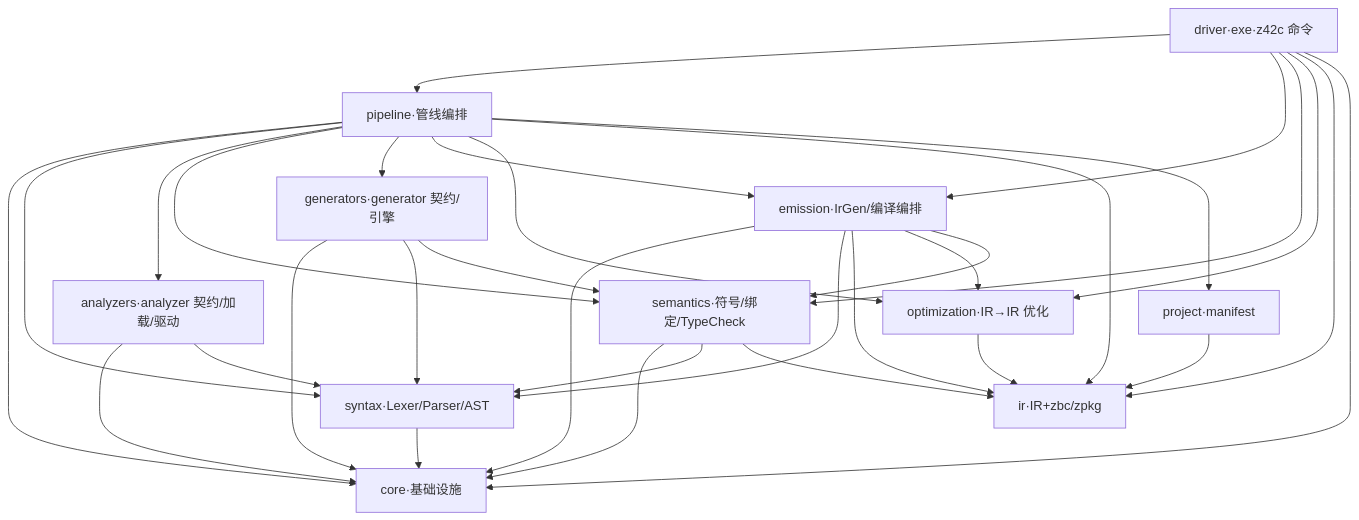
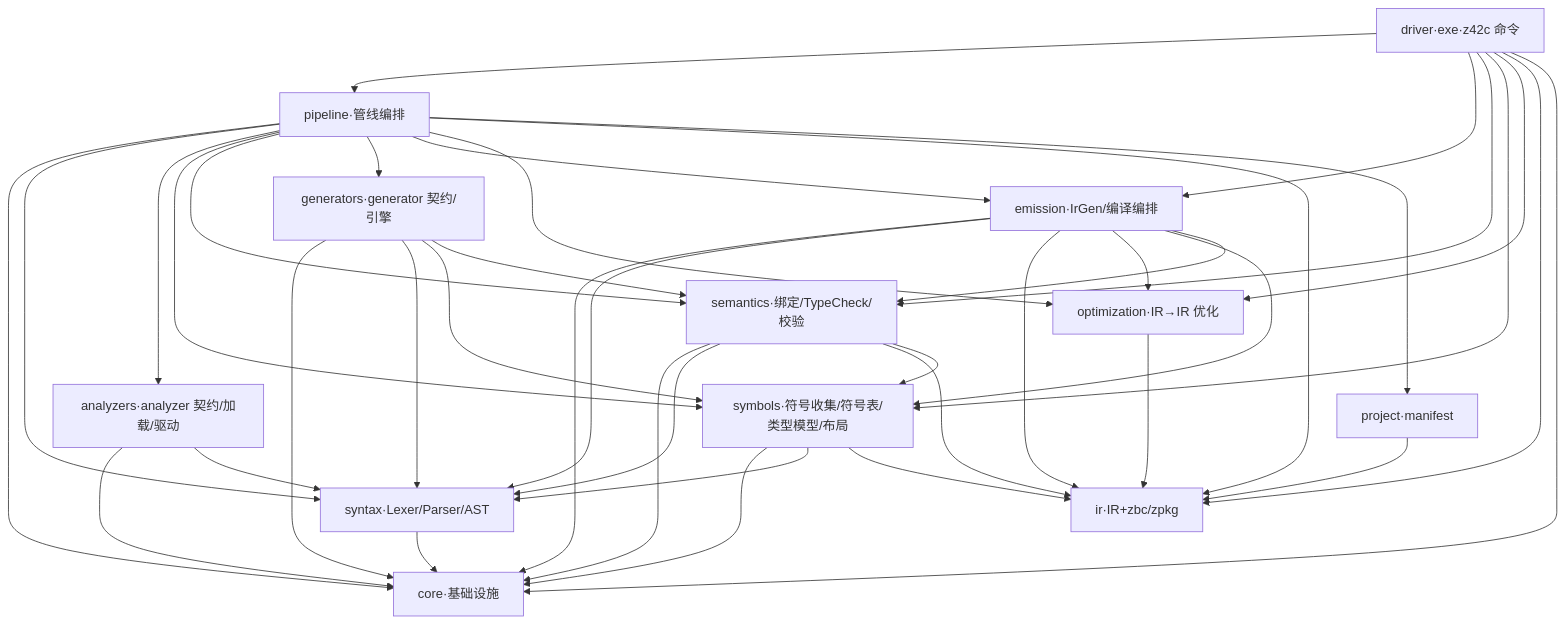
The second of 3 diagrams in docs/internals/src/compiler/architecture.md (z42-lang/z42), drawn with Mermaid before and after one commit. The commit also changed other lines of this file and 20 other files, not shown here.

````diff
--- a/docs/internals/src/compiler/architecture.md
+++ b/docs/internals/src/compiler/architecture.md
@@ -37,14 +38,15 @@
 ```mermaid
 graph TD
     core[core·基础设施]
     ir[ir·IR+zbc/zpkg]
     syntax[syntax·Lexer/Parser/AST] --> core
     analyzers[analyzers·analyzer 契约/加载/驱动] --> core & syntax
     project[project·manifest] --> ir
     optimization[optimization·IR→IR 优化] --> ir
-    semantics[semantics·符号/绑定/TypeCheck] --> core & syntax & ir
-    generators[generators·generator 契约/引擎] --> core & syntax & semantics
-    emission[emission·IrGen/编译编排] --> core & syntax & ir & optimization & semantics
-    pipeline[pipeline·管线编排] --> core & syntax & analyzers & semantics & generators & emission & optimization & ir & project
-    driver[driver·exe·z42c 命令] --> pipeline & emission & semantics & optimization & ir & core
+    symbols[symbols·符号收集/符号表/类型模型/布局] --> core & syntax & ir
+    semantics[semantics·绑定/TypeCheck/校验] --> core & syntax & ir & symbols
+    generators[generators·generator 契约/引擎] --> core & syntax & symbols & semantics
+    emission[emission·IrGen/编译编排] --> core & syntax & ir & optimization & symbols & semantics
+    pipeline[pipeline·管线编排] --> core & syntax & analyzers & symbols & semantics & generators & emission & optimization & ir & project
+    driver[driver·exe·z42c 命令] --> pipeline & emission & semantics & symbols & optimization & ir & core
 ```
````
